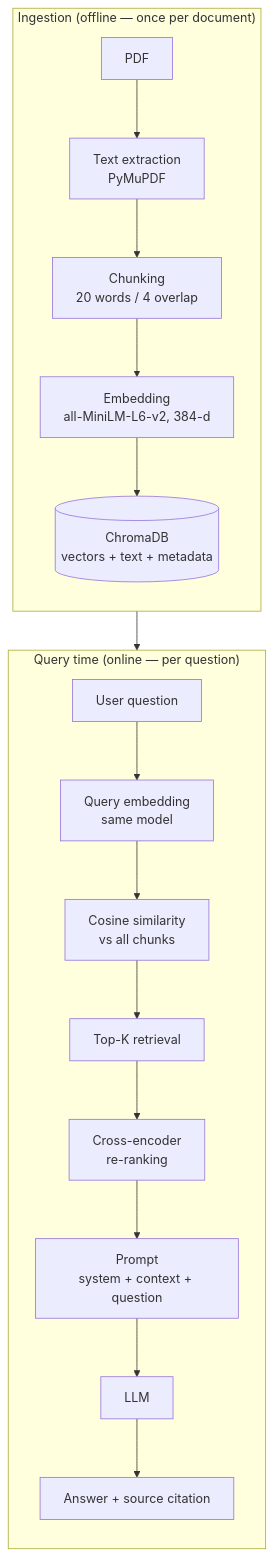
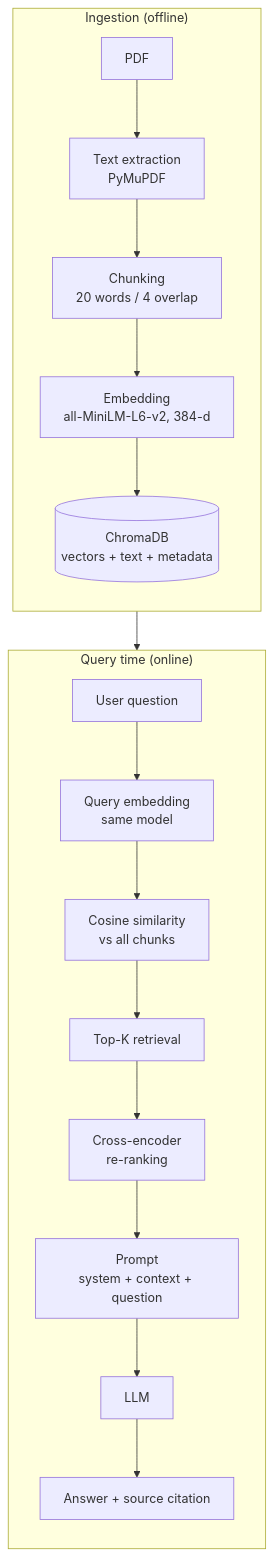
One commit to AjmalDanish/mini-rag-learning-lab changed the diagram in README.md. Above: the diagram before and after it, drawn with Mermaid. The commit also changed other lines of this file, not shown here.

````diff
--- a/README.md
+++ b/README.md
@@ -47,12 +48,12 @@
 ```mermaid
 flowchart TB
-    subgraph ING["Ingestion (offline — once per document)"]
+    subgraph ING["Ingestion (offline)"]
         direction TB
         A[PDF] --> B[Text extraction<br/>PyMuPDF] --> C[Chunking<br/>20 words / 4 overlap] --> D[Embedding<br/>all-MiniLM-L6-v2, 384-d] --> E[(ChromaDB<br/>vectors + text + metadata)]
     end
-    subgraph QUERY["Query time (online — per question)"]
+    subgraph QUERY["Query time (online)"]
         direction TB
         Q[User question] --> QE[Query embedding<br/>same model] --> S[Cosine similarity<br/>vs all chunks] --> K[Top-K retrieval] --> R[Cross-encoder<br/>re-ranking] --> P[Prompt<br/>system + context + question] --> L[LLM] --> AN[Answer + source citation]
     end
     E --> S
 ```
````
